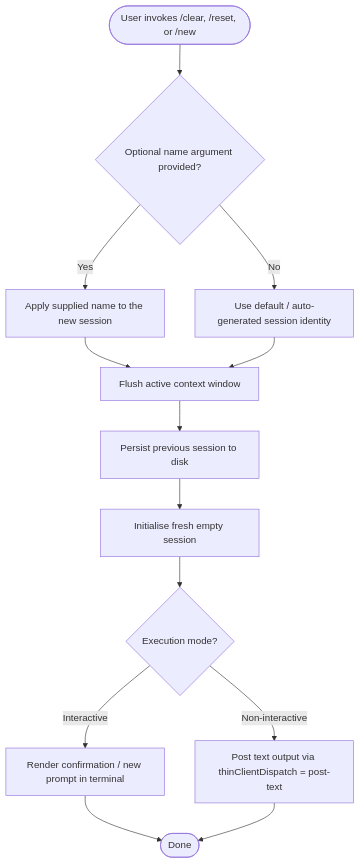
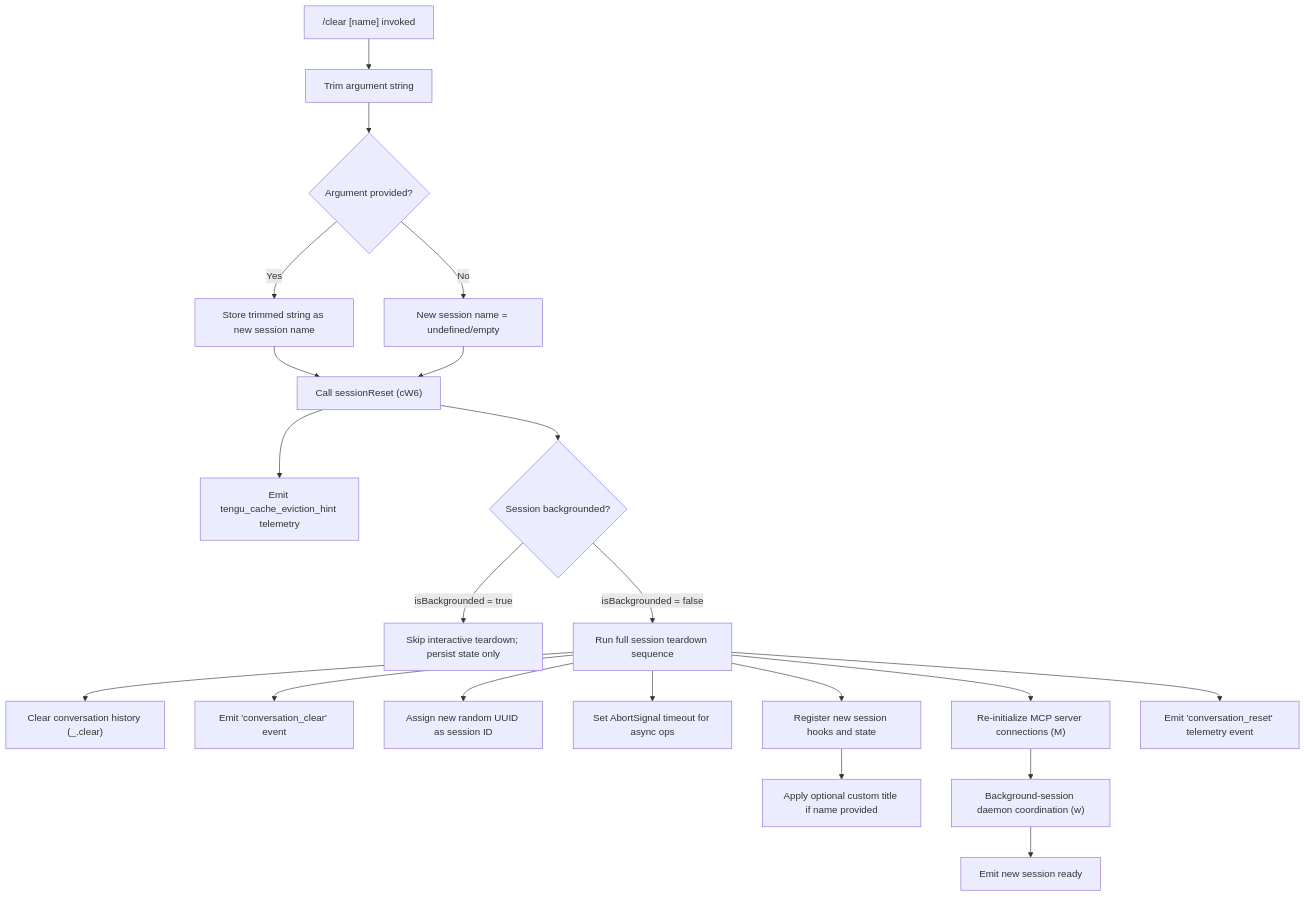
One commit to MyLittleLuckyDog/cc-gnothi changed the diagram in versions/v2.1.145/clear.md. Above: the diagram before and after it, drawn with Mermaid. The commit also changed other lines of this file and 483 other files, not shown here.

````diff
--- a/versions/v2.1.145/clear.md
+++ b/versions/v2.1.145/clear.md
@@ -50,15 +58,23 @@
 ```mermaid
 flowchart TD
-    A([User invokes /clear, /reset, or /new]) --> B{Optional name argument provided?}
-    B -- Yes --> C[Apply supplied name to the new session]
-    B -- No --> D[Use default / auto-generated session identity]
-    C --> E[Flush active context window]
-    D --> E
-    E --> F[Persist previous session to disk]
-    F --> G[Initialise fresh empty session]
-    G --> H{Execution mode?}
-    H -- Interactive --> I[Render confirmation / new prompt in terminal]
-    H -- Non-interactive --> J[Post text output via thinClientDispatch = post-text]
-    I --> K([Done])
-    J --> K
+    A["/clear [name] invoked"] --> B["Trim argument string"]
+    B --> C{Argument provided?}
+    C -- "Yes" --> D["Store trimmed string as new session name"]
+    C -- "No" --> E["New session name = undefined/empty"]
+    D --> F["Call sessionReset (cW6)"]
+    E --> F
+    F --> G["Emit tengu_cache_eviction_hint telemetry"]
+    F --> H{Session backgrounded?}
+    H -- "isBackgrounded = true" --> I["Skip interactive teardown; persist state only"]
+    H -- "isBackgrounded = false" --> J["Run full session teardown sequence"]
+    J --> K["Clear conversation history (_.clear)"]
+    J --> L["Emit 'conversation_clear' event"]
+    J --> M["Assign new random UUID as session ID"]
+    J --> N["Set AbortSignal timeout for async ops"]
+    J --> O["Re-initialize MCP server connections (M)"]
+    J --> P["Register new session hooks and state"]
+    J --> Q["Emit 'conversation_reset' telemetry event"]
+    P --> R["Apply optional custom title if name provided"]
+    O --> S["Background-session daemon coordination (w)"]
+    S --> T["Emit new session ready"]
 ```
````
